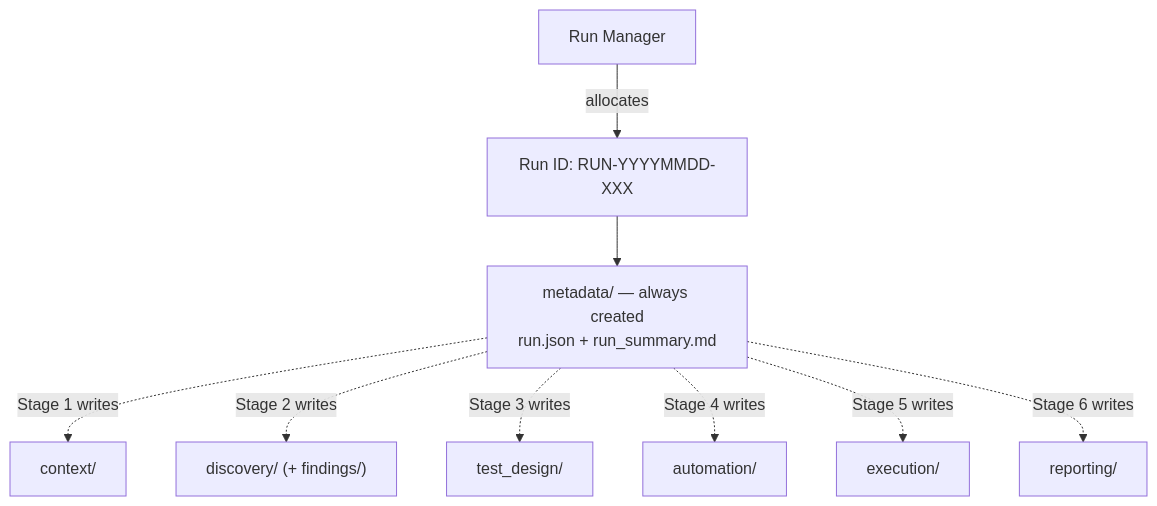
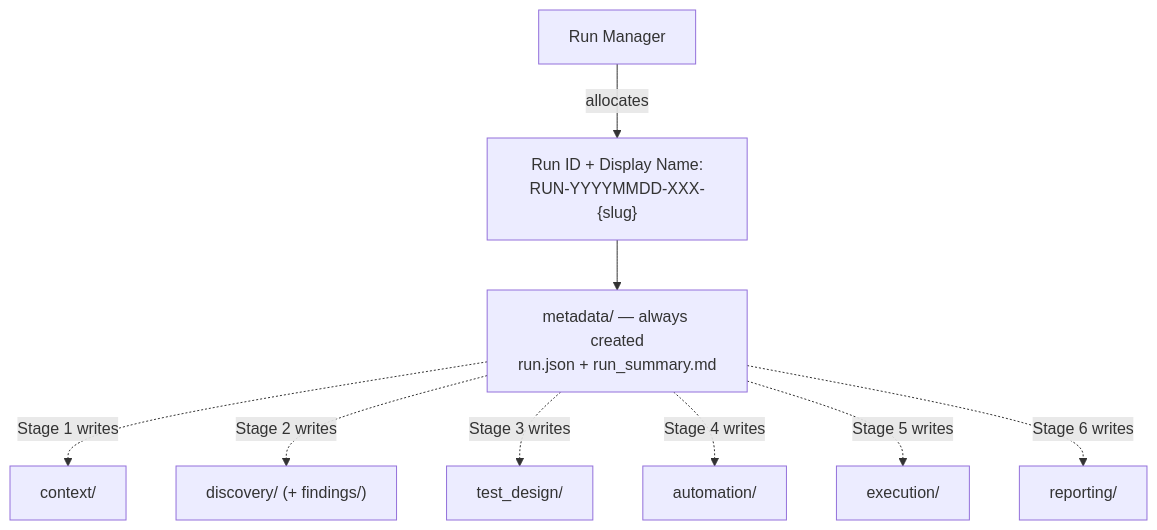
One commit to HusseinAtaHussein1/AISeatMap changed the seventh of 10 diagrams in README.md. Above: the diagram before and after it, drawn with Mermaid. The commit also changed other lines of this file and 160 other files, not shown here.

````diff
--- a/README.md
+++ b/README.md
@@ -511,11 +513,11 @@
 ```mermaid
 flowchart TD
-    RM["Run Manager"] -->|allocates| RID["Run ID: RUN-YYYYMMDD-XXX"]
+    RM["Run Manager"] -->|allocates| RID["Run ID + Display Name:<br/>RUN-YYYYMMDD-XXX-{slug}"]
     RID --> META["metadata/ — always created<br/>run.json + run_summary.md"]
     META -.->|Stage 1 writes| CTX["context/"]
     META -.->|Stage 2 writes| DISC["discovery/ (+ findings/)"]
     META -.->|Stage 3 writes| TDS["test_design/"]
     META -.->|Stage 4 writes| AUT["automation/"]
     META -.->|Stage 5 writes| EXE["execution/"]
     META -.->|Stage 6 writes| REP["reporting/"]
 ```
````
